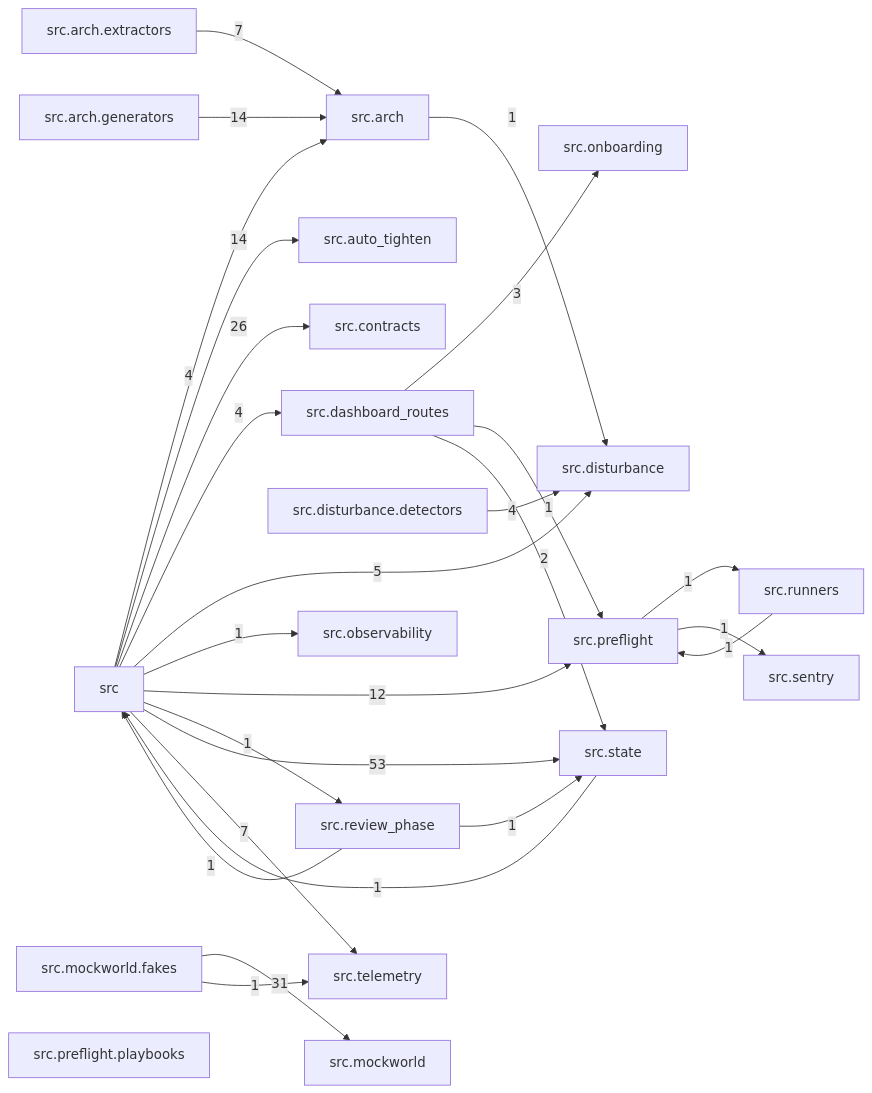
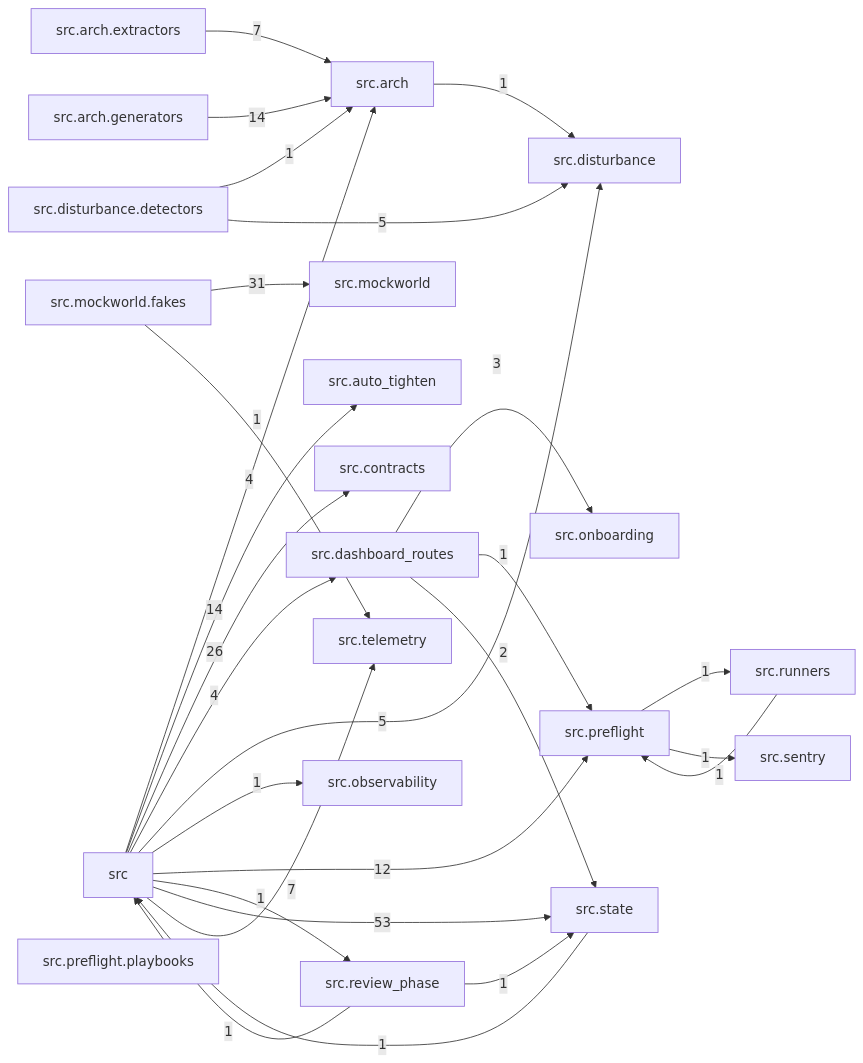
Before and after one commit to T-rav/hydraflow: the diagram in docs/arch/generated/modules.md, drawn with Mermaid. The commit also changed 7 other files, not shown here.

````diff
--- a/docs/arch/generated/modules.md
+++ b/docs/arch/generated/modules.md
@@ -7,48 +7,49 @@
 ```mermaid
 graph LR
     src["src"]
     src_arch["src.arch"]
     src_arch_extractors["src.arch.extractors"]
     src_arch_generators["src.arch.generators"]
     src_auto_tighten["src.auto_tighten"]
     src_contracts["src.contracts"]
     src_dashboard_routes["src.dashboard_routes"]
     src_disturbance["src.disturbance"]
     src_disturbance_detectors["src.disturbance.detectors"]
     src_mockworld["src.mockworld"]
     src_mockworld_fakes["src.mockworld.fakes"]
     src_observability["src.observability"]
     src_onboarding["src.onboarding"]
     src_preflight["src.preflight"]
     src_preflight_playbooks["src.preflight.playbooks"]
     src_review_phase["src.review_phase"]
     src_runners["src.runners"]
     src_sentry["src.sentry"]
     src_state["src.state"]
     src_telemetry["src.telemetry"]
     src -- "4" --> src_arch
     src -- "14" --> src_auto_tighten
     src -- "26" --> src_contracts
     src -- "4" --> src_dashboard_routes
     src -- "5" --> src_disturbance
     src -- "1" --> src_observability
     src -- "12" --> src_preflight
     src -- "1" --> src_review_phase
     src -- "53" --> src_state
     src -- "7" --> src_telemetry
     src_arch -- "1" --> src_disturbance
     src_arch_extractors -- "7" --> src_arch
     src_arch_generators -- "14" --> src_arch
     src_dashboard_routes -- "3" --> src_onboarding
     src_dashboard_routes -- "1" --> src_preflight
     src_dashboard_routes -- "2" --> src_state
-    src_disturbance_detectors -- "4" --> src_disturbance
+    src_disturbance_detectors -- "1" --> src_arch
+    src_disturbance_detectors -- "5" --> src_disturbance
     src_mockworld_fakes -- "31" --> src_mockworld
     src_mockworld_fakes -- "1" --> src_telemetry
     src_preflight -- "1" --> src_runners
     src_preflight -- "1" --> src_sentry
     src_review_phase -- "1" --> src
     src_review_phase -- "1" --> src_state
     src_runners -- "1" --> src_preflight
     src_state -- "1" --> src
 ```
````
